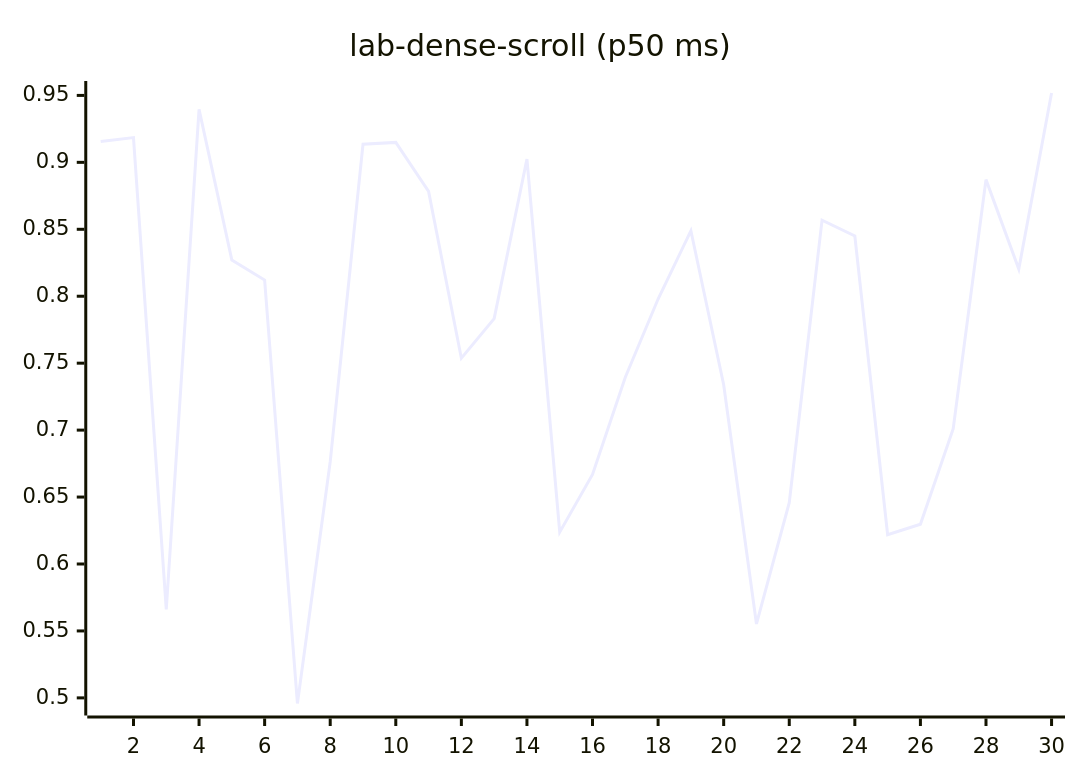
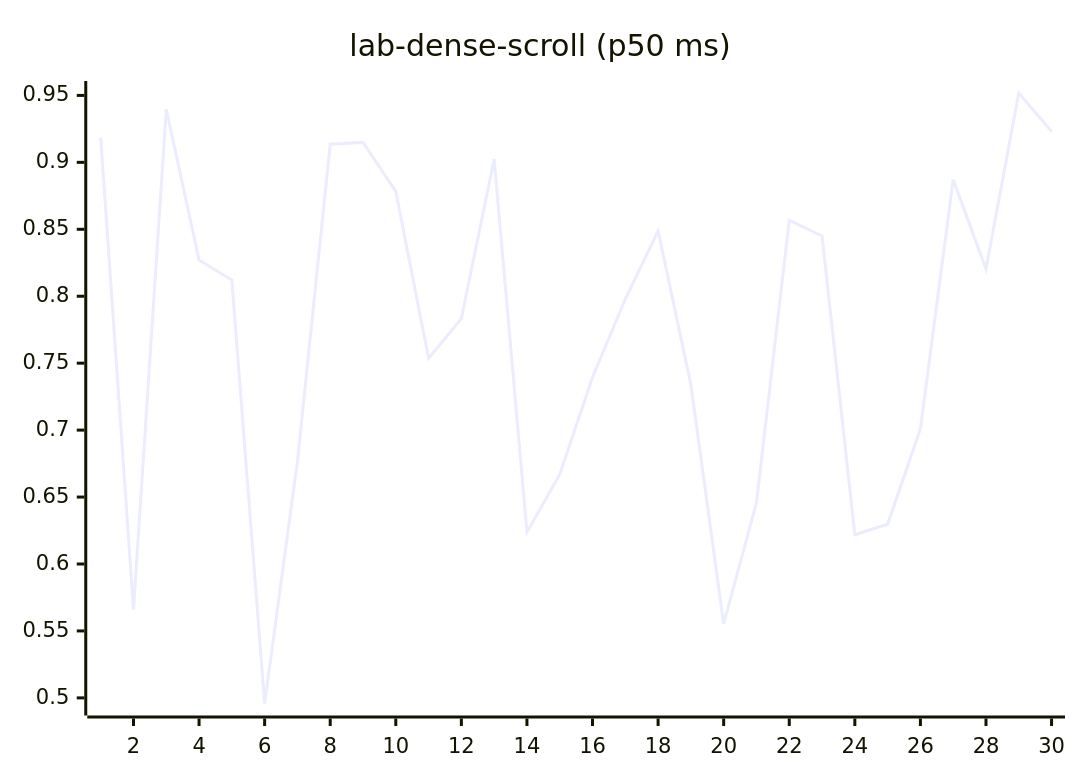
Before and after one commit to josha/Facet: diagram 12 of 27 in README.md, drawn with Mermaid. The commit also changed other lines of this file and 2 other files, not shown here.

````diff
--- a/README.md
+++ b/README.md
@@ -140,6 +140,6 @@
 ```mermaid
 xychart-beta
     title "lab-dense-scroll (p50 ms)"
     x-axis 1 --> 30
-    line [0.9155, 0.9185, 0.5661, 0.9396, 0.8271, 0.8121, 0.4958, 0.6764, 0.9135, 0.9149, 0.8783, 0.7537, 0.7833, 0.9024, 0.6238, 0.6669, 0.7395, 0.7979, 0.8489, 0.7339, 0.5552, 0.6458, 0.8568, 0.8450, 0.6219, 0.6297, 0.7010, 0.8871, 0.8203, 0.9518]
+    line [0.9185, 0.5661, 0.9396, 0.8271, 0.8121, 0.4958, 0.6764, 0.9135, 0.9149, 0.8783, 0.7537, 0.7833, 0.9024, 0.6238, 0.6669, 0.7395, 0.7979, 0.8489, 0.7339, 0.5552, 0.6458, 0.8568, 0.8450, 0.6219, 0.6297, 0.7010, 0.8871, 0.8203, 0.9518, 0.9230]
 ```
````
